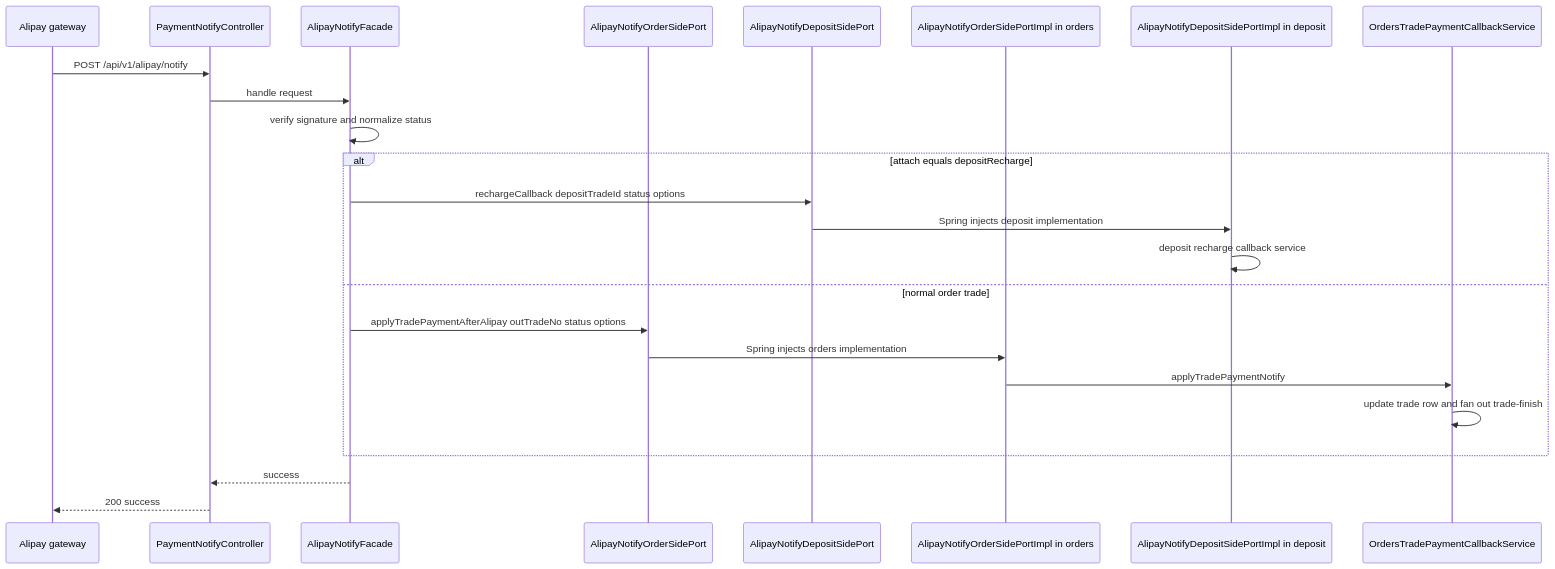
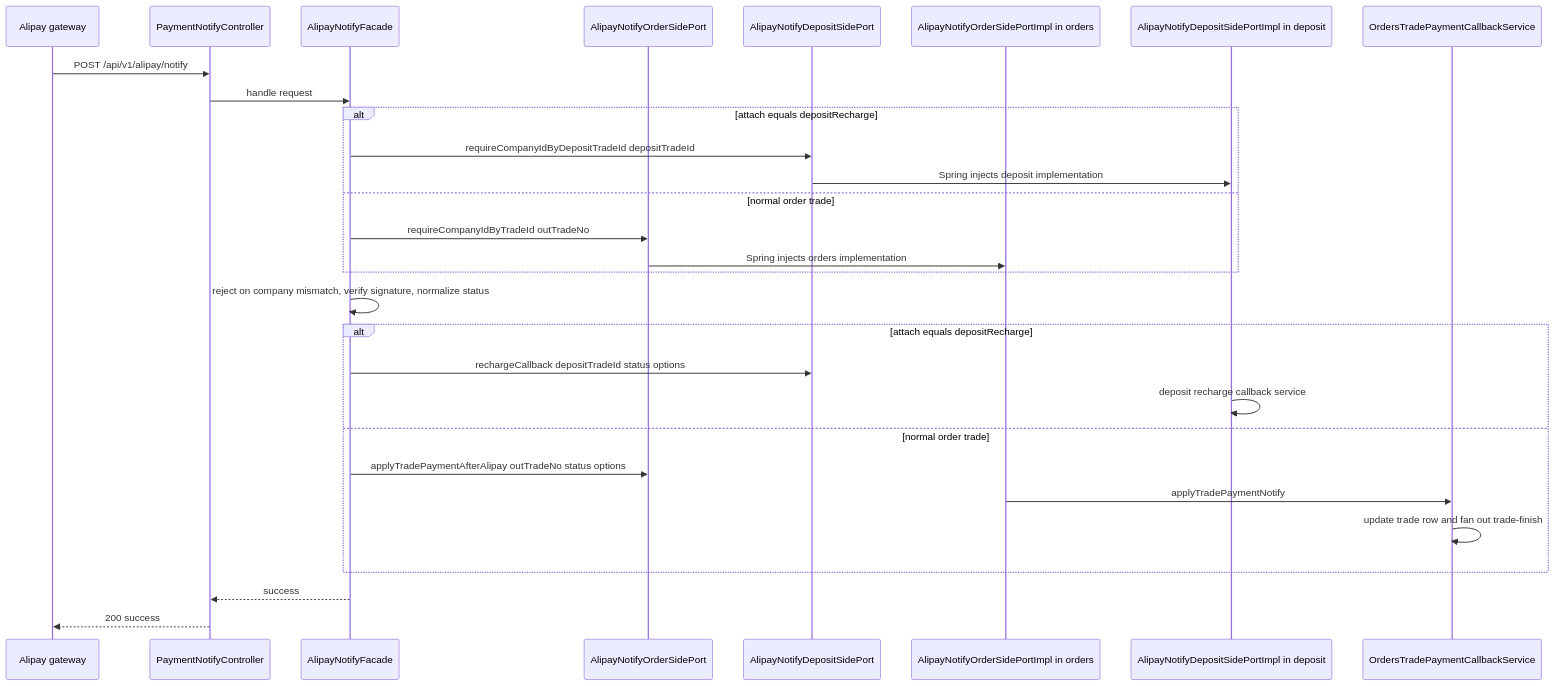
One commit to ShopeX/ECShopX-Java changed the first of 2 diagrams in openwiki/architecture/cross-bundle-communication.md. Above: the diagram before and after it, drawn with Mermaid. The commit also changed other lines of this file and 321 other files, not shown here.

````diff
--- a/openwiki/architecture/cross-bundle-communication.md
+++ b/openwiki/architecture/cross-bundle-communication.md
@@ -165,27 +187,32 @@
 ```mermaid
 sequenceDiagram
     participant Ali as Alipay gateway
     participant PC as PaymentNotifyController
     participant AF as AlipayNotifyFacade
     participant OP as AlipayNotifyOrderSidePort
     participant DP as AlipayNotifyDepositSidePort
     participant OI as AlipayNotifyOrderSidePortImpl in orders
     participant DI as AlipayNotifyDepositSidePortImpl in deposit
     participant TF as OrdersTradePaymentCallbackService
 
     Ali->>PC: POST /api/v1/alipay/notify
     PC->>AF: handle request
-    AF->>AF: verify signature and normalize status
+    alt attach equals depositRecharge
+        AF->>DP: requireCompanyIdByDepositTradeId depositTradeId
+        DP->>DI: Spring injects deposit implementation
+    else normal order trade
+        AF->>OP: requireCompanyIdByTradeId outTradeNo
+        OP->>OI: Spring injects orders implementation
+    end
+    AF->>AF: reject on company mismatch, verify signature, normalize status
     alt attach equals depositRecharge
         AF->>DP: rechargeCallback depositTradeId status options
-        DP->>DI: Spring injects deposit implementation
         DI->>DI: deposit recharge callback service
     else normal order trade
         AF->>OP: applyTradePaymentAfterAlipay outTradeNo status options
-        OP->>OI: Spring injects orders implementation
         OI->>TF: applyTradePaymentNotify
         TF->>TF: update trade row and fan out trade-finish
     end
     AF-->>PC: success
     PC-->>Ali: 200 success
 ```
````
